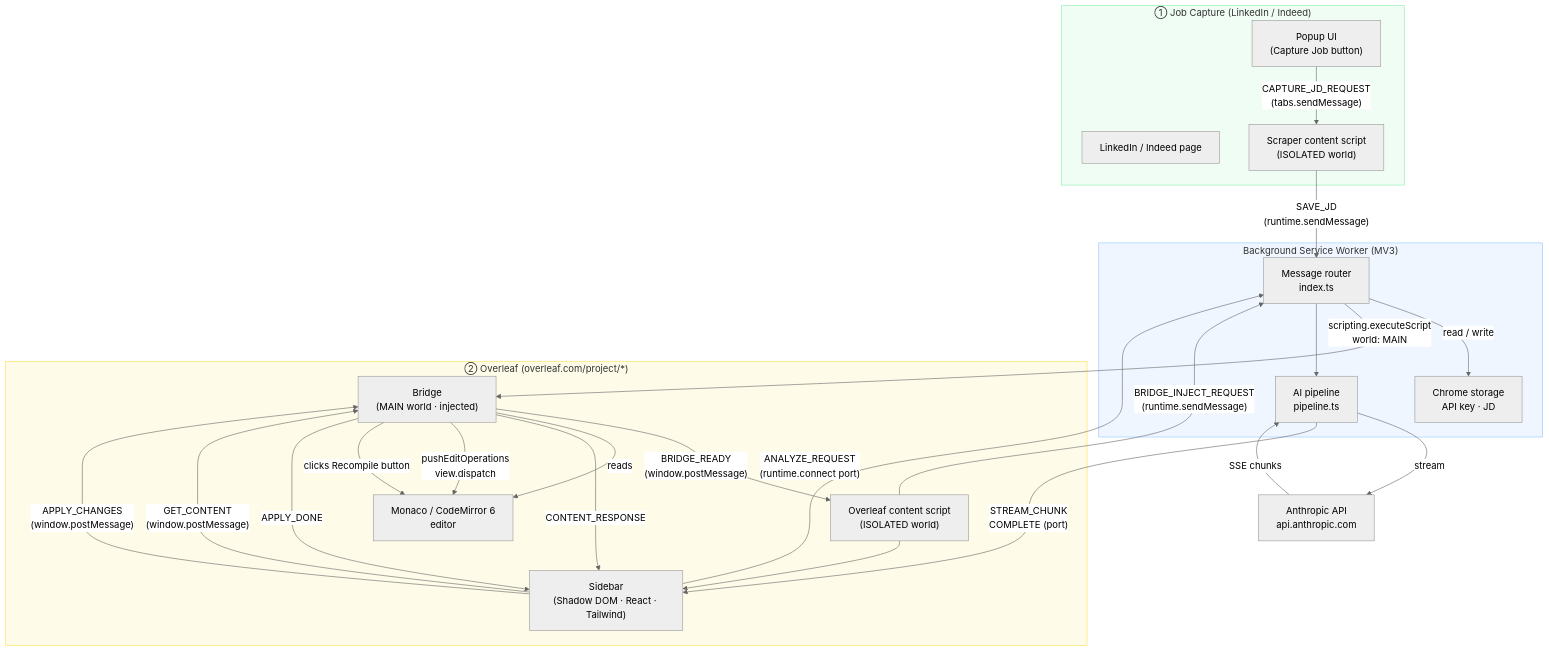
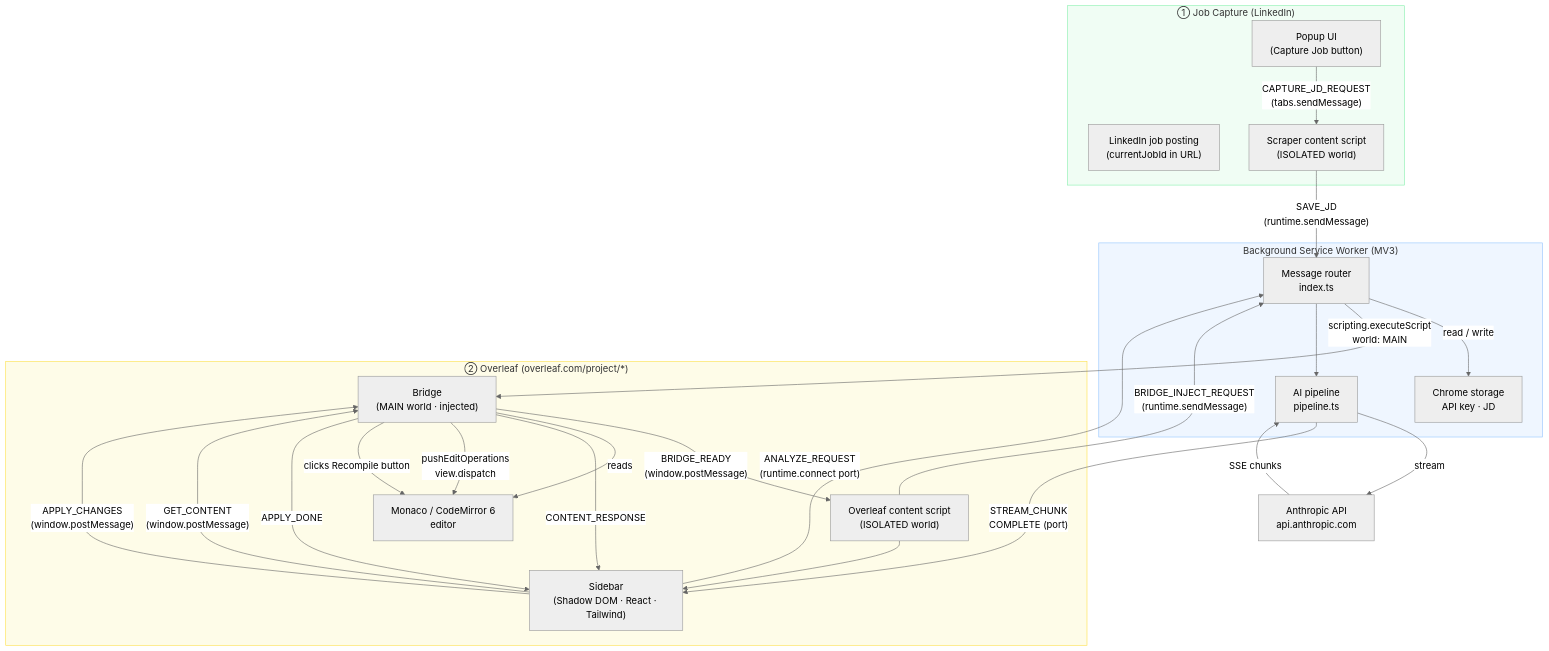
One commit to gdcho/FlowCV changed the diagram in README.md. Above: the diagram before and after it, drawn with Mermaid (neutral theme). The commit also changed other lines of this file, not shown here.

````diff
--- a/README.md
+++ b/README.md
@@ -33,51 +33,51 @@
 ```mermaid
 flowchart TD
-    subgraph JD["① Job Capture (LinkedIn / Indeed)"]
-        LI["LinkedIn / Indeed page"]
+    subgraph JD["① Job Capture (LinkedIn)"]
+        LI["LinkedIn job posting\n(currentJobId in URL)"]
         SC["Scraper content script\n(ISOLATED world)"]
         POP["Popup UI\n(Capture Job button)"]
     end
 
     subgraph BG["Background Service Worker (MV3)"]
         RT["Message router\nindex.ts"]
         AI["AI pipeline\npipeline.ts"]
         ST["Chrome storage\nAPI key · JD"]
     end
 
     subgraph OV["② Overleaf (overleaf.com/project/*)"]
         CS["Overleaf content script\n(ISOLATED world)"]
         SD["Sidebar\n(Shadow DOM · React · Tailwind)"]
         BR["Bridge\n(MAIN world · injected)"]
         ED["Monaco / CodeMirror 6\neditor"]
     end
 
     EXT["Anthropic API\napi.anthropic.com"]
 
     POP -->|"CAPTURE_JD_REQUEST\n(tabs.sendMessage)"| SC
     SC -->|"SAVE_JD\n(runtime.sendMessage)"| RT
     RT -->|read / write| ST
 
     CS -->|"BRIDGE_INJECT_REQUEST\n(runtime.sendMessage)"| RT
     RT -->|"scripting.executeScript\nworld: MAIN"| BR
     BR -->|"BRIDGE_READY\n(window.postMessage)"| CS
     CS --> SD
 
     SD -->|"GET_CONTENT\n(window.postMessage)"| BR
     BR -->|reads| ED
     BR -->|"CONTENT_RESPONSE"| SD
 
     SD -->|"ANALYZE_REQUEST\n(runtime.connect port)"| RT
     RT --> AI
     AI -->|stream| EXT
     EXT -->|SSE chunks| AI
     AI -->|"STREAM_CHUNK\nCOMPLETE (port)"| SD
 
     SD -->|"APPLY_CHANGES\n(window.postMessage)"| BR
     BR -->|"pushEditOperations\nview.dispatch"| ED
     BR -->|"clicks Recompile button"| ED
     BR -->|"APPLY_DONE"| SD
 
     style JD fill:#f0fdf4,stroke:#86efac
     style BG fill:#eff6ff,stroke:#93c5fd
     style OV fill:#fefce8,stroke:#fde047
 ```
````
